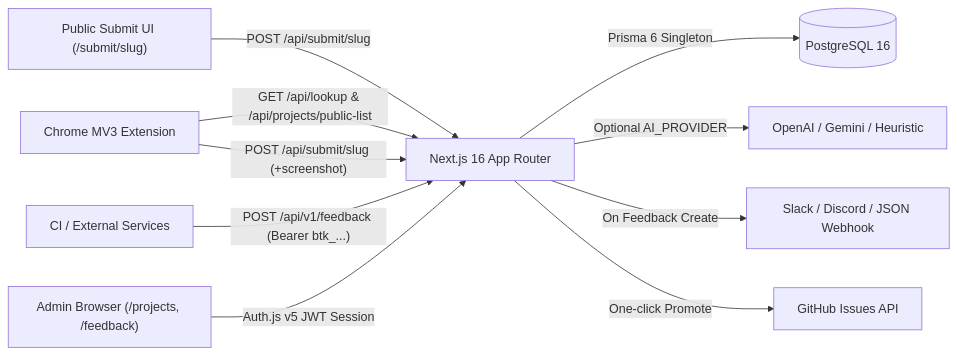
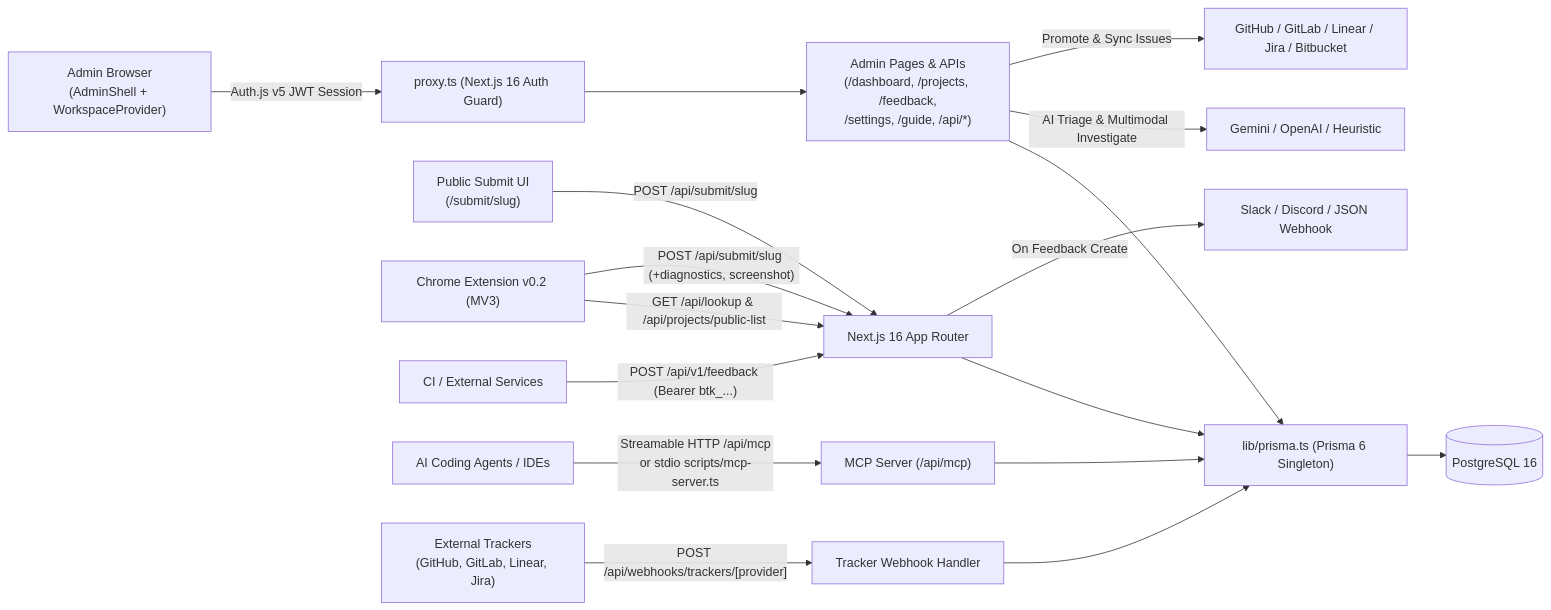
Before and after one commit to newtc22222/technical-documents: the diagram in docs/bug-tracking/architecture/system-overview.md, drawn with Mermaid. The commit also changed other lines of this file and 13 other files, not shown here.

````diff
--- a/docs/bug-tracking/architecture/system-overview.md
+++ b/docs/bug-tracking/architecture/system-overview.md
@@ -17,13 +17,22 @@
 ```mermaid
 flowchart LR
-  Public["Public Submit UI (/submit/slug)"] -->|"POST /api/submit/slug"| App["Next.js 16 App Router"]
-  Ext["Chrome MV3 Extension"] -->|"GET /api/lookup & /api/projects/public-list"| App
-  Ext -->|"POST /api/submit/slug (+screenshot)"| App
+  Admin["Admin Browser\n(AdminShell + WorkspaceProvider)"] -->|"Auth.js v5 JWT Session"| Proxy["proxy.ts (Next.js 16 Auth Guard)"]
+  Proxy --> AdminAPI["Admin Pages & APIs\n(/dashboard, /projects, /feedback,\n/settings, /guide, /api/*)"]
+
+  Public["Public Submit UI\n(/submit/slug)"] -->|"POST /api/submit/slug"| App["Next.js 16 App Router"]
+  Ext["Chrome Extension v0.2 (MV3)"] -->|"GET /api/lookup & /api/projects/public-list"| App
+  Ext -->|"POST /api/submit/slug (+diagnostics, screenshot)"| App
   Sdk["CI / External Services"] -->|"POST /api/v1/feedback (Bearer btk_...)"| App
-  Admin["Admin Browser (/projects, /feedback)"] -->|"Auth.js v5 JWT Session"| App
+  Agent["AI Coding Agents / IDEs"] -->|"Streamable HTTP /api/mcp\nor stdio scripts/mcp-server.ts"| MCP["MCP Server (/api/mcp)"]
+  Trackers["External Trackers\n(GitHub, GitLab, Linear, Jira)"] -->|"POST /api/webhooks/trackers/[provider]"| Webhooks["Tracker Webhook Handler"]
 
-  App -->|"Prisma 6 Singleton"| DB[("PostgreSQL 16")]
-  App -->|"Optional AI_PROVIDER"| AI["OpenAI / Gemini / Heuristic"]
+  AdminAPI --> Prisma["lib/prisma.ts (Prisma 6 Singleton)"]
+  App --> Prisma
+  MCP --> Prisma
+  Webhooks --> Prisma
+  Prisma --> DB[("PostgreSQL 16")]
+
+  AdminAPI -->|"AI Triage & Multimodal Investigate"| AI["Gemini / OpenAI / Heuristic"]
+  AdminAPI -->|"Promote & Sync Issues"| ExtTrackers["GitHub / GitLab / Linear / Jira / Bitbucket"]
   App -->|"On Feedback Create"| Hooks["Slack / Discord / JSON Webhook"]
-  App -->|"One-click Promote"| GH["GitHub Issues API"]
 ```
````
